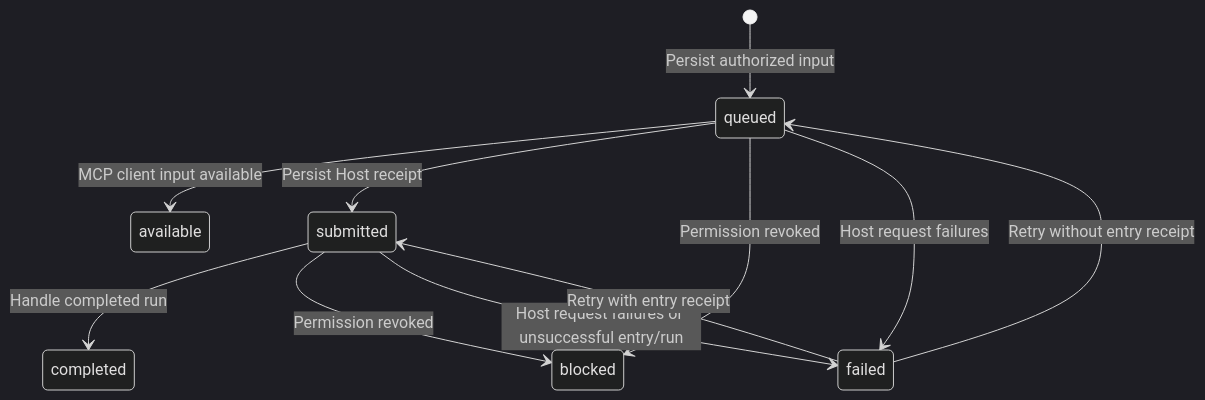
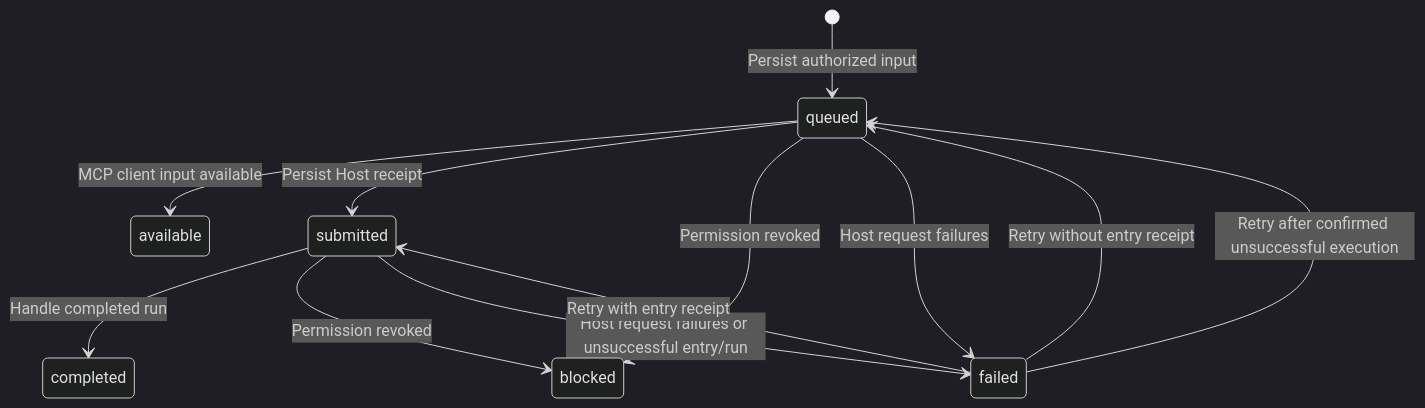
One commit to saurlax/channel-gateway changed the diagram in spec/03-routing-and-delivery.md. Above: the diagram before and after it, drawn with Mermaid (dark theme). The commit also changed other lines of this file and 5 other files, not shown here.

Commit message:
fix(delivery): restart confirmed failed executions on retry

````diff
--- a/spec/03-routing-and-delivery.md
+++ b/spec/03-routing-and-delivery.md
@@ -294,13 +294,14 @@
 ```mermaid
 stateDiagram-v2
     [*] --> queued: Persist authorized input
     queued --> available: MCP client input available
     queued --> submitted: Persist Host receipt
     submitted --> completed: Handle completed run
     queued --> blocked: Permission revoked
     submitted --> blocked: Permission revoked
     queued --> failed: Host request failures
     submitted --> failed: Host request failures or unsuccessful entry/run
     failed --> queued: Retry without entry receipt
+    failed --> queued: Retry after confirmed unsuccessful execution
     failed --> submitted: Retry with entry receipt
 ```
````
